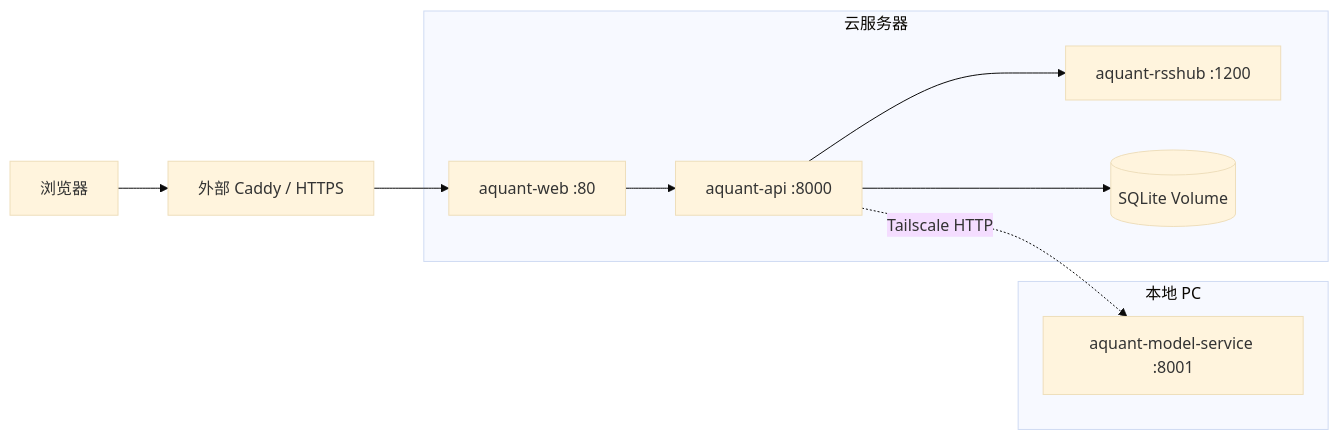
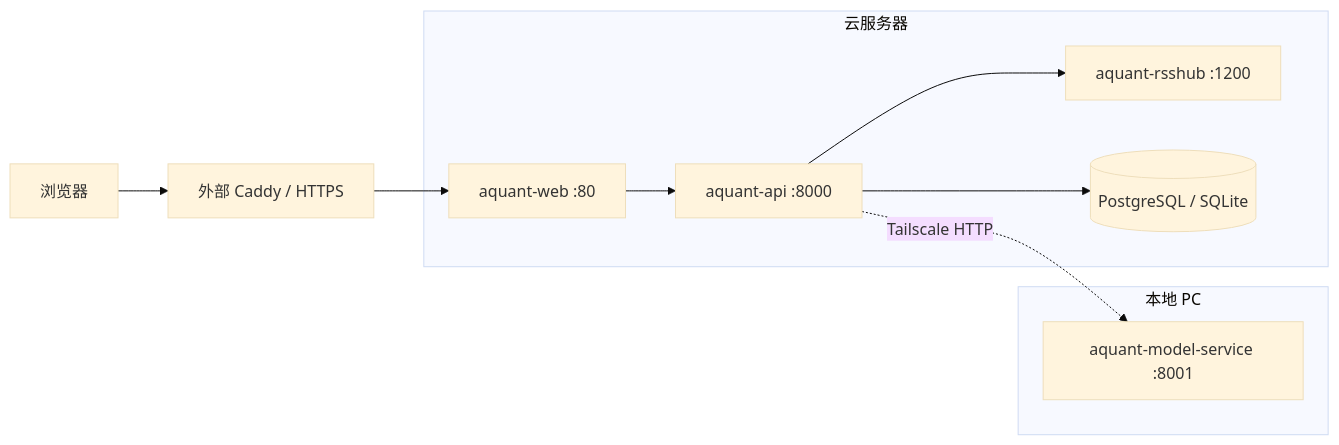
The second of 3 diagrams in docs/SYSTEM_ARCHITECTURE.md (liukecai/AStock), drawn with Mermaid (base theme) before and after one commit. The commit also changed other lines of this file and 1 other file, not shown here.

First line of the commit message:
docs(readme): 更新 README 与架构文档，记录 V2 PostgreSQL/任务中心特性

````diff
--- a/docs/SYSTEM_ARCHITECTURE.md
+++ b/docs/SYSTEM_ARCHITECTURE.md
@@ -132,21 +133,21 @@
 ```mermaid
 flowchart LR
     User["浏览器"] --> Proxy["外部 Caddy / HTTPS"]
     Proxy --> Web["aquant-web :80"]
     Web --> API["aquant-api :8000"]
     API --> RSSHub["aquant-rsshub :1200"]
-    API --> DB[("SQLite Volume")]
+    API --> DB[("PostgreSQL / SQLite")]
 
     subgraph cloud["云服务器"]
         Web
         API
         RSSHub
         DB
     end
 
     subgraph localpc["本地 PC"]
         MS["aquant-model-service :8001"]
     end
 
     API -. Tailscale HTTP .-> MS
 ```
````
